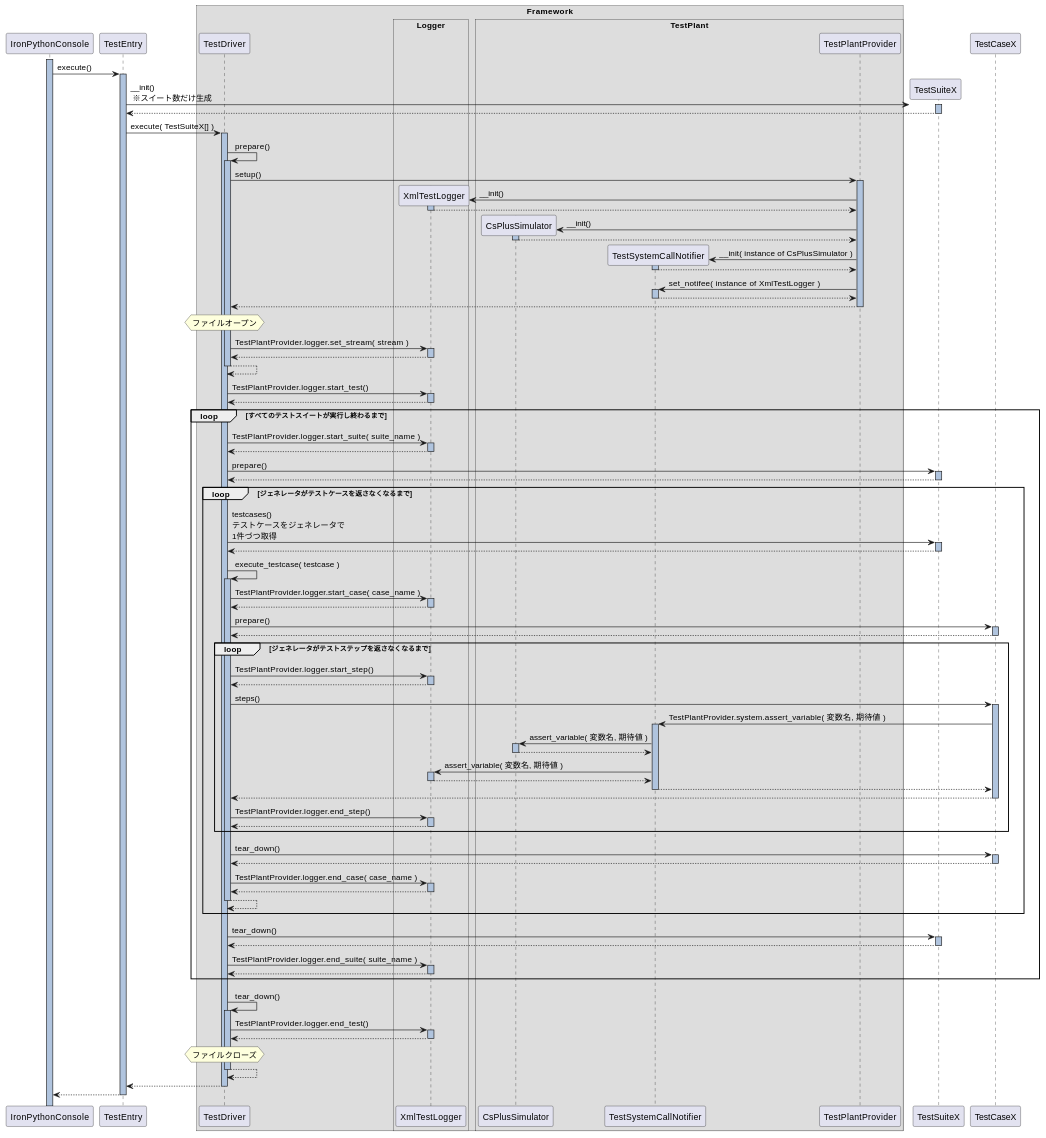
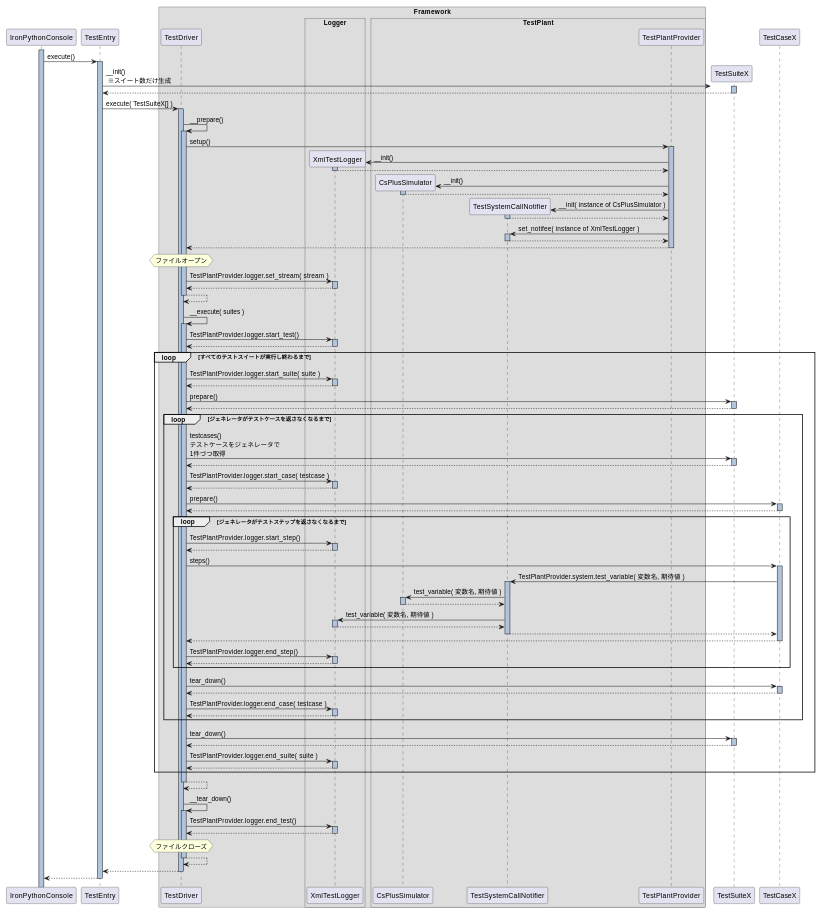
Before and after one commit to shiftdownet/itestpf: the fourth of 4 diagrams in docs/design.md, drawn with PlantUML. The commit also changed other lines of this file and 25 other files, not shown here.

````diff
--- a/docs/design.md
+++ b/docs/design.md
@@ -147,5 +150,7 @@
 ```plantuml
 !pragma teoz true
+scale 0.8
+
 skinparam SequenceLifeLineBackgroundColor LightSteelBlue
 
 participant IronPythonConsole
@@ -182,7 +187,7 @@
     '#----------------------------------------------------
     TestEntry -> TestDriver  : execute( TestSuiteX[] )
 
-        TestDriver -> TestDriver  : prepare()
+        TestDriver -> TestDriver  : __prepare()
             '#----------------------------------------------------
             '# TestPlantProvider.setup()
             '#----------------------------------------------------
@@ -206,54 +211,58 @@
             return
         return
 
-        TestDriver -> XmlTestLogger  : TestPlantProvider.logger.start_test()
-        return
+        TestDriver -> TestDriver  : __execute( suites )
 
-        loop すべてのテストスイートが実行し終わるまで
-
-            TestDriver -> XmlTestLogger : TestPlantProvider.logger.start_suite( suite_name )
-            return
-            TestDriver -> TestSuiteX  : prepare()
+            TestDriver -> XmlTestLogger  : TestPlantProvider.logger.start_test()
             return
 
-            loop ジェネレータがテストケースを返さなくなるまで
-                TestDriver -> TestSuiteX : testcases()\nテストケースをジェネレータで\n1件づつ取得
+            loop すべてのテストスイートが実行し終わるまで
+
+                TestDriver -> XmlTestLogger : TestPlantProvider.logger.start_suite( suite )
                 return
-                TestDriver -> TestDriver : execute_testcase( testcase )
-                    TestDriver -> XmlTestLogger : TestPlantProvider.logger.start_case( case_name )
+
+                TestDriver -> TestSuiteX  : prepare()
+                return
+
+                loop ジェネレータがテストケースを返さなくなるまで
+                    TestDriver -> TestSuiteX : testcases()\nテストケースをジェネレータで\n1件づつ取得
+                    return
+                    TestDriver -> XmlTestLogger : TestPlantProvider.logger.start_case( testcase )
                     return
                     TestDriver -> TestCaseX : prepare()
                     return
+
                     loop ジェネレータがテストステップを返さなくなるまで
                         TestDriver -> XmlTestLogger : TestPlantProvider.logger.start_step()
                         return
                         TestDriver -> TestCaseX : steps()
-                            TestCaseX -> TestSystemCallNotifier : TestPlantProvider.system.assert_variable( 変数名, 期待値 )
-                                TestSystemCallNotifier -> CsPlusSimulator : assert_variable( 変数名, 期待値 )
+                            TestCaseX -> TestSystemCallNotifier : TestPlantProvider.system.test_variable( 変数名, 期待値 )
+                                TestSystemCallNotifier -> CsPlusSimulator : test_variable( 変数名, 期待値 )
                                 return
-                                TestSystemCallNotifier -> XmlTestLogger : assert_variable( 変数名, 期待値 )
+                                TestSystemCallNotifier -> XmlTestLogger : test_variable( 変数名, 期待値 )
                                 return
                             return
                         return
                         TestDriver -> XmlTestLogger : TestPlantProvider.logger.end_step()
                         return
                     end loop
+
                     TestDriver -> TestCaseX : tear_down()
                     return
-                    TestDriver -> XmlTestLogger : TestPlantProvider.logger.end_case( case_name )
+                    TestDriver -> XmlTestLogger : TestPlantProvider.logger.end_case( testcase )
                     return
+
+                end loop
+
+                TestDriver -> TestSuiteX  : tear_down()
                 return
 
+                TestDriver -> XmlTestLogger : TestPlantProvider.logger.end_suite( suite )
+                return
             end loop
+        return
 
-            TestDriver -> TestSuiteX  : tear_down()
-            return
-
-            TestDriver -> XmlTestLogger : TestPlantProvider.logger.end_suite( suite_name )
-            return
-        end loop
-
-        TestDriver -> TestDriver  : tear_down()
+        TestDriver -> TestDriver  : __tear_down()
             TestDriver -> XmlTestLogger  : TestPlantProvider.logger.end_test()
             return
             hnote over TestDriver : ファイルクローズ
````
